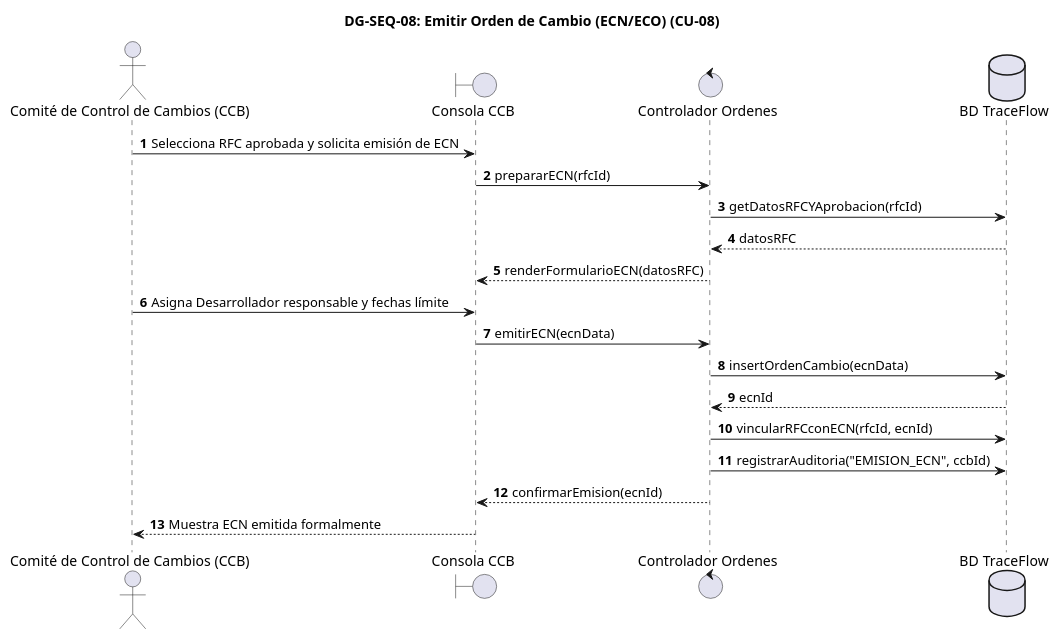
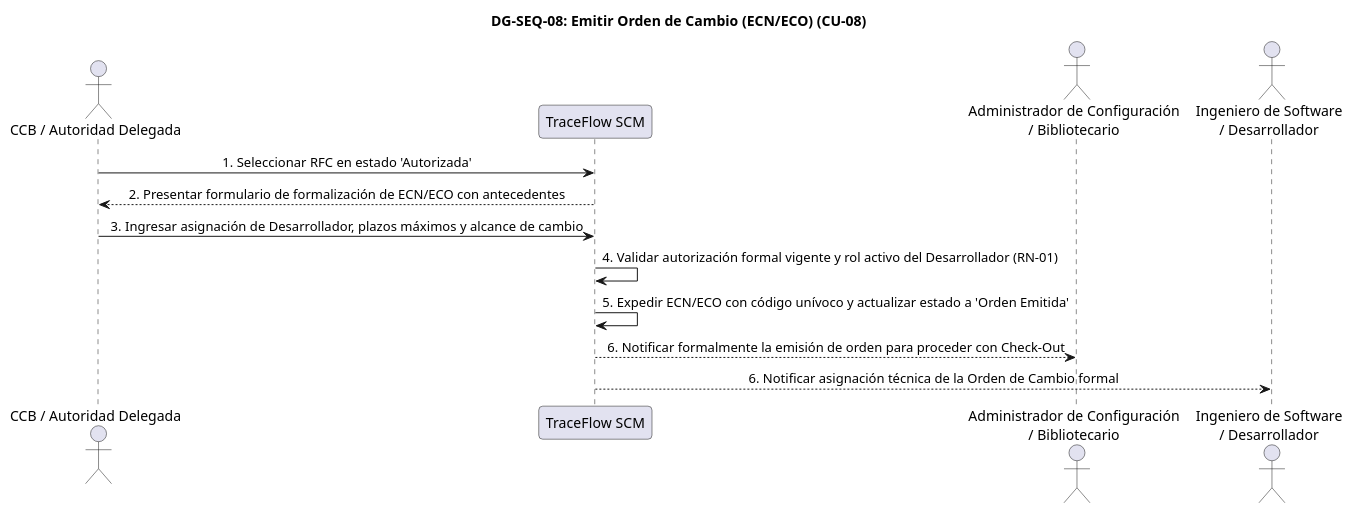
Before and after one commit to JMedina255/TraceFlow: diagram 21 of 44 in FD03-EPIS-Informe_SRS.md, drawn with PlantUML. The commit also changed other lines of this file and 2 other files, not shown here.

First line of the commit message:
docs(diagrams): refactorizar diagramas de secuencia DG-SEQ-01 a DG-SEQ-30 a nivel de analisis 1:1

````diff
--- a/FD03-EPIS-Informe_SRS.md
+++ b/FD03-EPIS-Informe_SRS.md
@@ -4387,30 +4408,24 @@
 ```plantuml
-@startuml
+@startuml DG-SEQ-08
 skinparam shadowing false
 skinparam roundcorner 8
 skinparam defaultFontName Arial
-autonumber
+skinparam sequenceMessageAlign center
 
 title <b>DG-SEQ-08: Emitir Orden de Cambio (ECN/ECO) (CU-08)</b>
 
-actor "Comité de Control de Cambios (CCB)" as ACT
-boundary "Consola CCB" as UI
-control "Controlador Ordenes" as CTRL
-database "BD TraceFlow" as DB
+actor "CCB / Autoridad Delegada" as Autoridad
+participant "TraceFlow SCM" as Sistema
+actor "Administrador de Configuración\n/ Bibliotecario" as Admin
+actor "Ingeniero de Software\n/ Desarrollador" as Dev
 
-ACT -> UI : Selecciona RFC aprobada y solicita emisión de ECN
-UI -> CTRL : prepararECN(rfcId)
-CTRL -> DB : getDatosRFCYAprobacion(rfcId)
-DB --> CTRL : datosRFC
-CTRL --> UI : renderFormularioECN(datosRFC)
+Autoridad -> Sistema: 1. Seleccionar RFC en estado 'Autorizada'
+Sistema --> Autoridad: 2. Presentar formulario de formalización de ECN/ECO con antecedentes
+Autoridad -> Sistema: 3. Ingresar asignación de Desarrollador, plazos máximos y alcance de cambio
+Sistema -> Sistema: 4. Validar autorización formal vigente y rol activo del Desarrollador (RN-01)
+Sistema -> Sistema: 5. Expedir ECN/ECO con código unívoco y actualizar estado a 'Orden Emitida'
+Sistema --> Admin: 6. Notificar formalmente la emisión de orden para proceder con Check-Out
+Sistema --> Dev: 6. Notificar asignación técnica de la Orden de Cambio formal
 
-ACT -> UI : Asigna Desarrollador responsable y fechas límite
-UI -> CTRL : emitirECN(ecnData)
-CTRL -> DB : insertOrdenCambio(ecnData)
-DB --> CTRL : ecnId
-CTRL -> DB : vincularRFCconECN(rfcId, ecnId)
-CTRL -> DB : registrarAuditoria("EMISION_ECN", ccbId)
-CTRL --> UI : confirmarEmision(ecnId)
-UI --> ACT : Muestra ECN emitida formalmente
 @enduml
 ```
````
